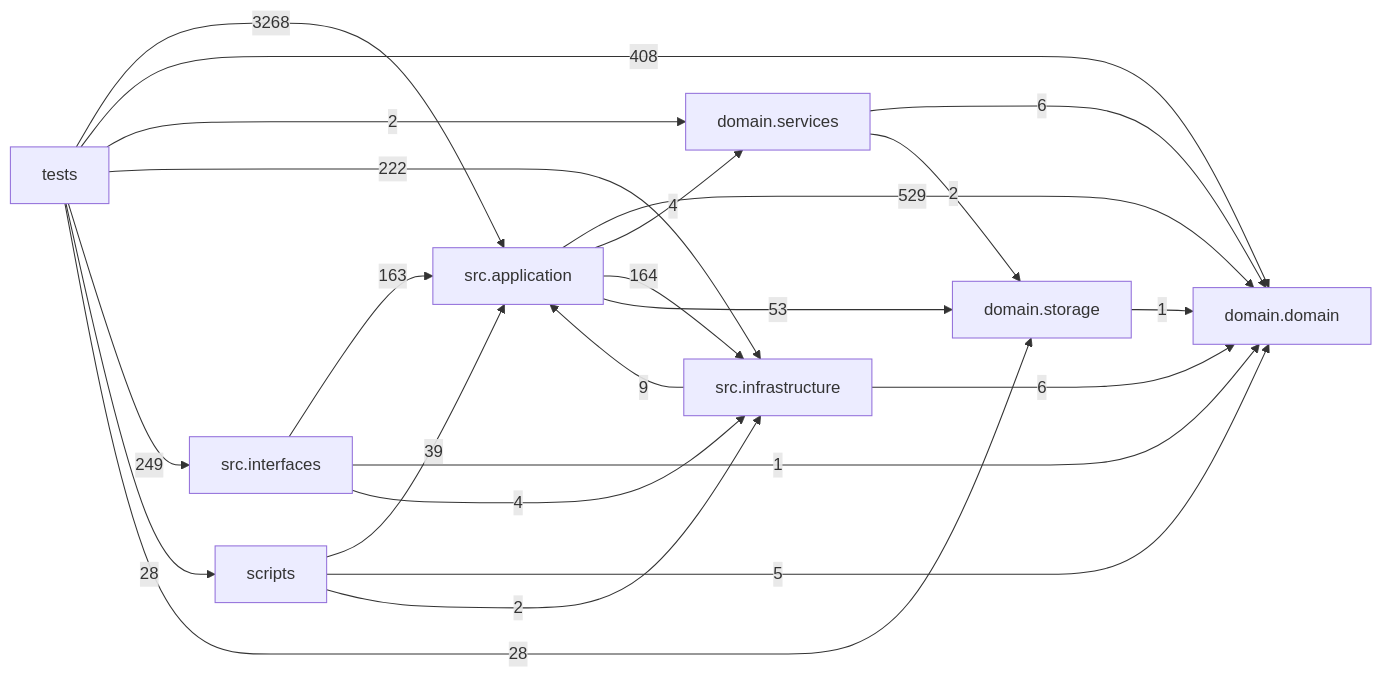
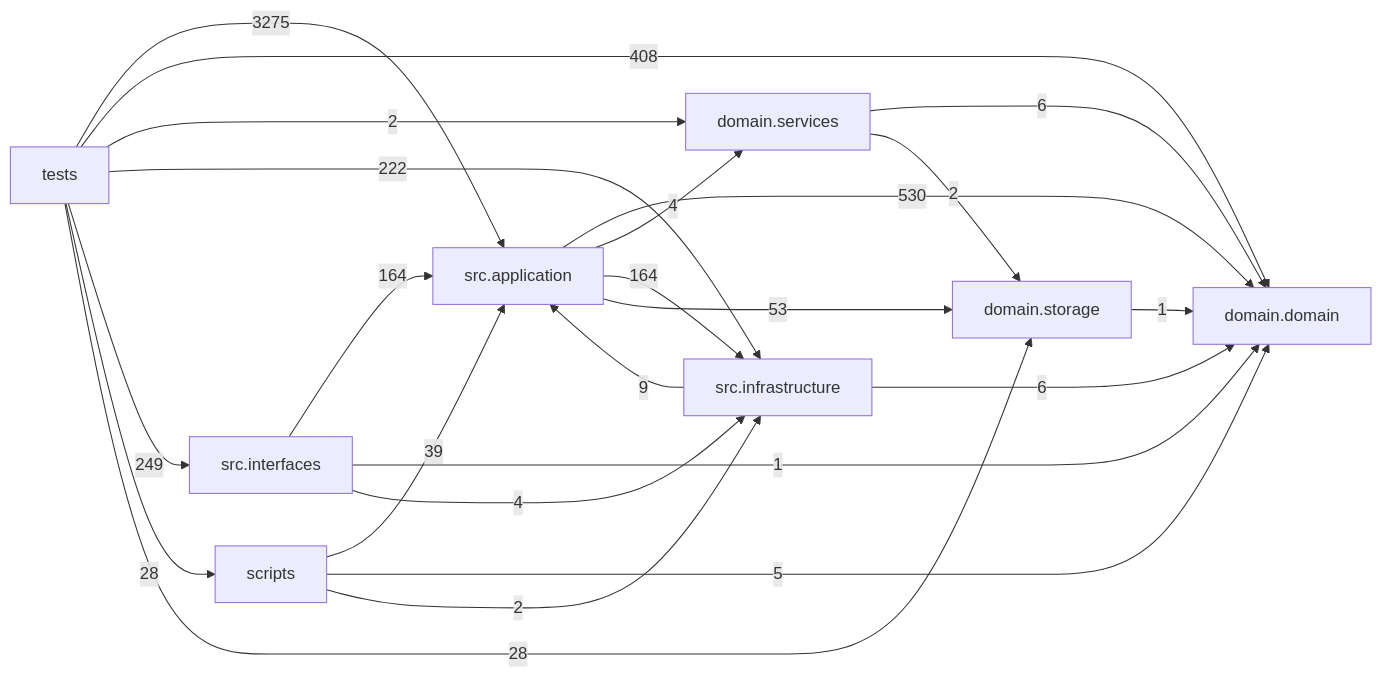
Before and after one commit to liuxie066/options-monitor: the diagram in docs/DEPENDENCY_GRAPH.md, drawn with Mermaid. The commit also changed other lines of this file and 12 other files, not shown here.

````diff
--- a/docs/DEPENDENCY_GRAPH.md
+++ b/docs/DEPENDENCY_GRAPH.md
@@ -24,33 +24,33 @@
 ```mermaid
 flowchart LR
   tests["tests"]
   scripts["scripts"]
   interfaces["src.interfaces"]
   application["src.application"]
   infrastructure["src.infrastructure"]
   domain_services["domain.services"]
   domain["domain.domain"]
   storage["domain.storage"]
-  application -->|529| domain
+  application -->|530| domain
   application -->|4| domain_services
   application -->|164| infrastructure
   application -->|53| storage
   domain_services -->|6| domain
   domain_services -->|2| storage
   infrastructure -->|9| application
   infrastructure -->|6| domain
-  interfaces -->|163| application
+  interfaces -->|164| application
   interfaces -->|1| domain
   interfaces -->|4| infrastructure
   scripts -->|39| application
   scripts -->|5| domain
   scripts -->|2| infrastructure
   storage -->|1| domain
-  tests -->|3268| application
+  tests -->|3275| application
   tests -->|408| domain
   tests -->|2| domain_services
   tests -->|222| infrastructure
   tests -->|249| interfaces
   tests -->|28| scripts
   tests -->|28| storage
 ```
````
